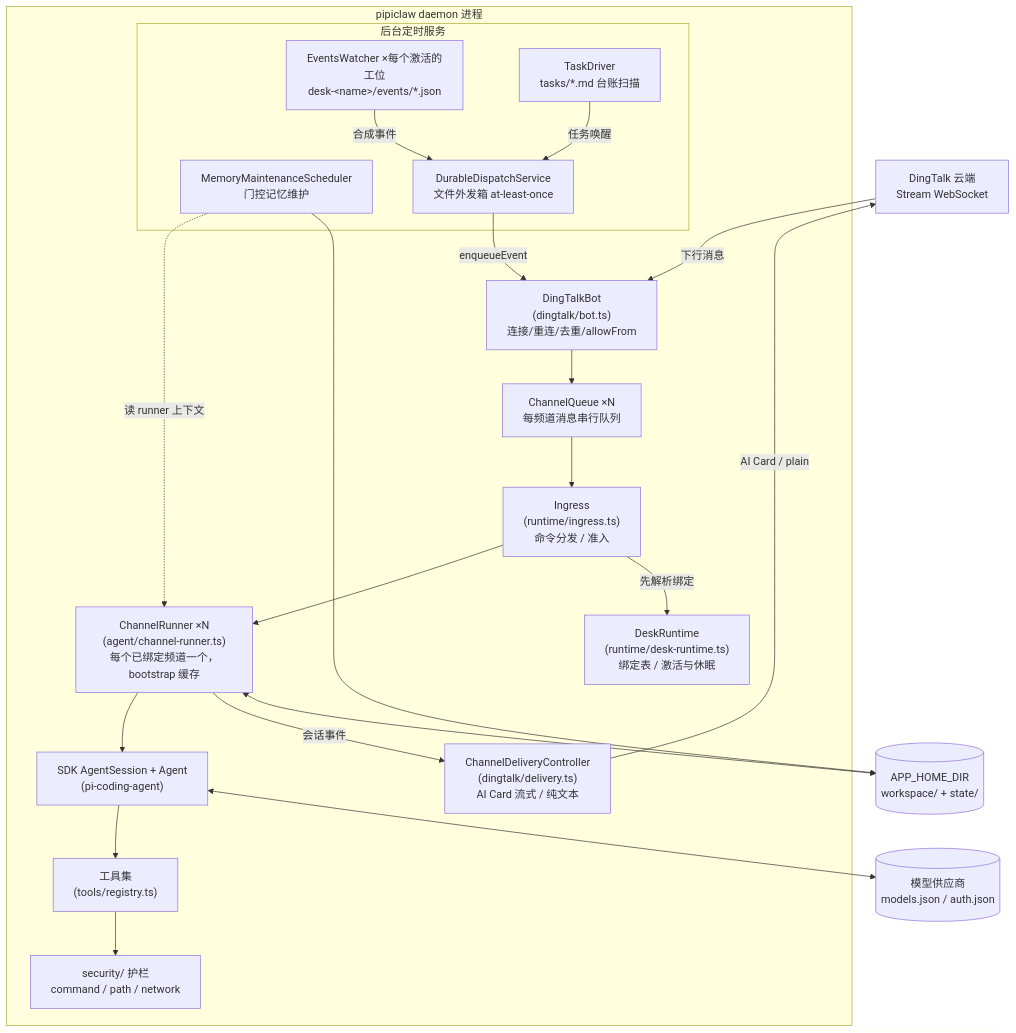
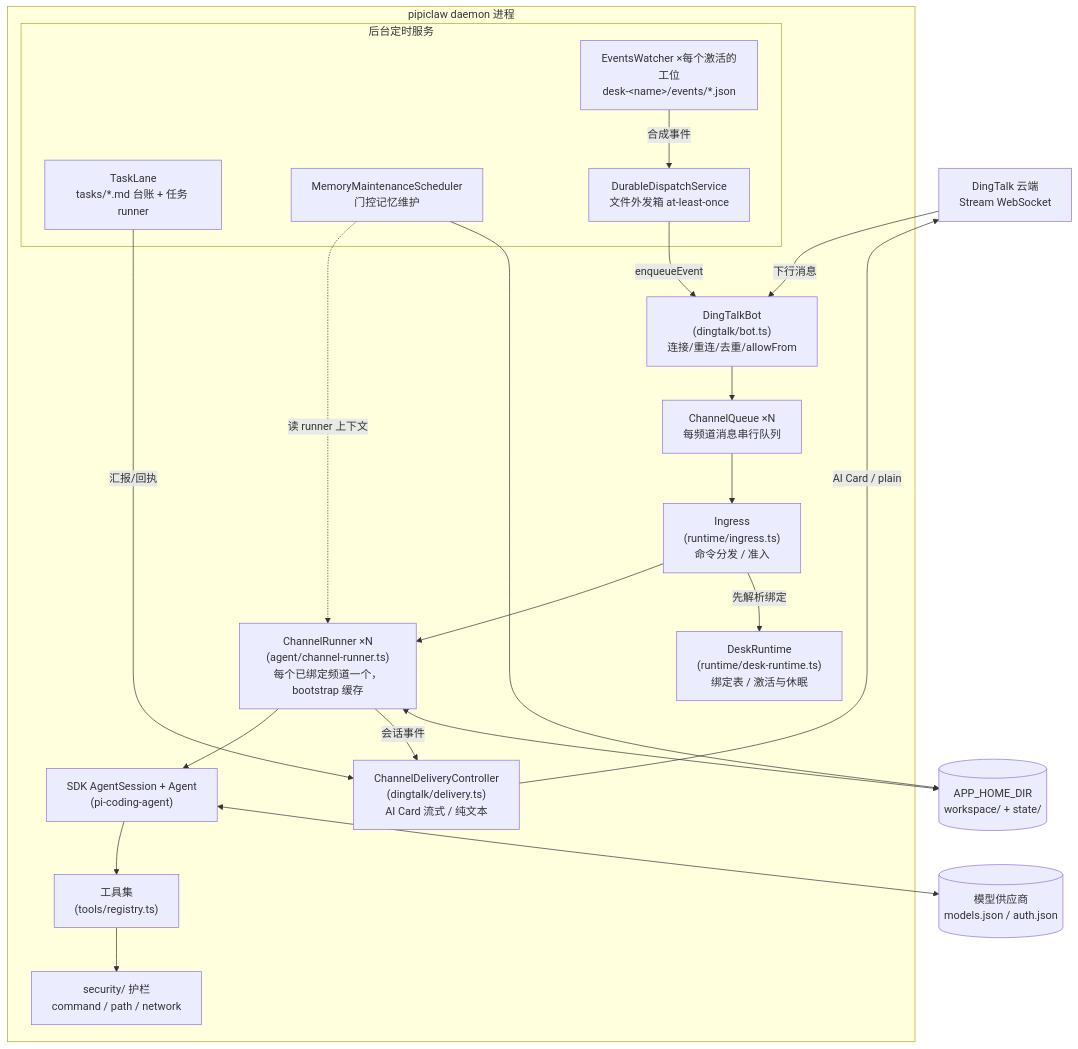
The first of 4 diagrams in docs/architecture.md (oyasmi/pipiclaw), drawn with Mermaid before and after one commit. The commit also changed other lines of this file and 21 other files, not shown here.

First line of the commit message:
docs: describe the task lane, add the task migration guide and acceptance record

````diff
--- a/docs/architecture.md
+++ b/docs/architecture.md
@@ -65,38 +65,38 @@
 ```mermaid
 flowchart TB
     DT[DingTalk 云端<br/>Stream WebSocket]
 
     subgraph daemon [pipiclaw daemon 进程]
         BOT["DingTalkBot<br/>(dingtalk/bot.ts)<br/>连接/重连/去重/allowFrom"]
         CQ["ChannelQueue ×N<br/>每频道消息串行队列"]
         HANDLER["Ingress<br/>(runtime/ingress.ts)<br/>命令分发 / 准入"]
         DESKS["DeskRuntime<br/>(runtime/desk-runtime.ts)<br/>绑定表 / 激活与休眠"]
         RUNNER["ChannelRunner ×N<br/>(agent/channel-runner.ts)<br/>每个已绑定频道一个，bootstrap 缓存"]
         SESSION["SDK AgentSession + Agent<br/>(pi-coding-agent)"]
         TOOLS["工具集<br/>(tools/registry.ts)"]
         SEC["security/ 护栏<br/>command / path / network"]
         DELIVERY["ChannelDeliveryController<br/>(dingtalk/delivery.ts)<br/>AI Card 流式 / 纯文本"]
 
         subgraph bg [后台定时服务]
             EW["EventsWatcher ×每个激活的工位<br/>desk-&lt;name&gt;/events/*.json"]
-            TD["TaskDriver<br/>tasks/*.md 台账扫描"]
+            TL["TaskLane<br/>tasks/*.md 台账 + 任务 runner"]
             MMS["MemoryMaintenanceScheduler<br/>门控记忆维护"]
             DD["DurableDispatchService<br/>文件外发箱 at-least-once"]
         end
     end
 
     LLM[(模型供应商<br/>models.json / auth.json)]
     FS[(APP_HOME_DIR<br/>workspace/ + state/)]
 
     DT -->|下行消息| BOT --> CQ --> HANDLER --> RUNNER --> SESSION
     HANDLER -->|先解析绑定| DESKS
     SESSION --> TOOLS --> SEC
     SESSION <--> LLM
     RUNNER -->|会话事件| DELIVERY -->|AI Card / plain| DT
     EW -->|合成事件| DD
-    TD -->|任务唤醒| DD
+    TL -->|汇报/回执| DELIVERY
     DD -->|enqueueEvent| BOT
     MMS -.->|读 runner 上下文| RUNNER
     MMS --> FS
     RUNNER <--> FS
 ```
````
